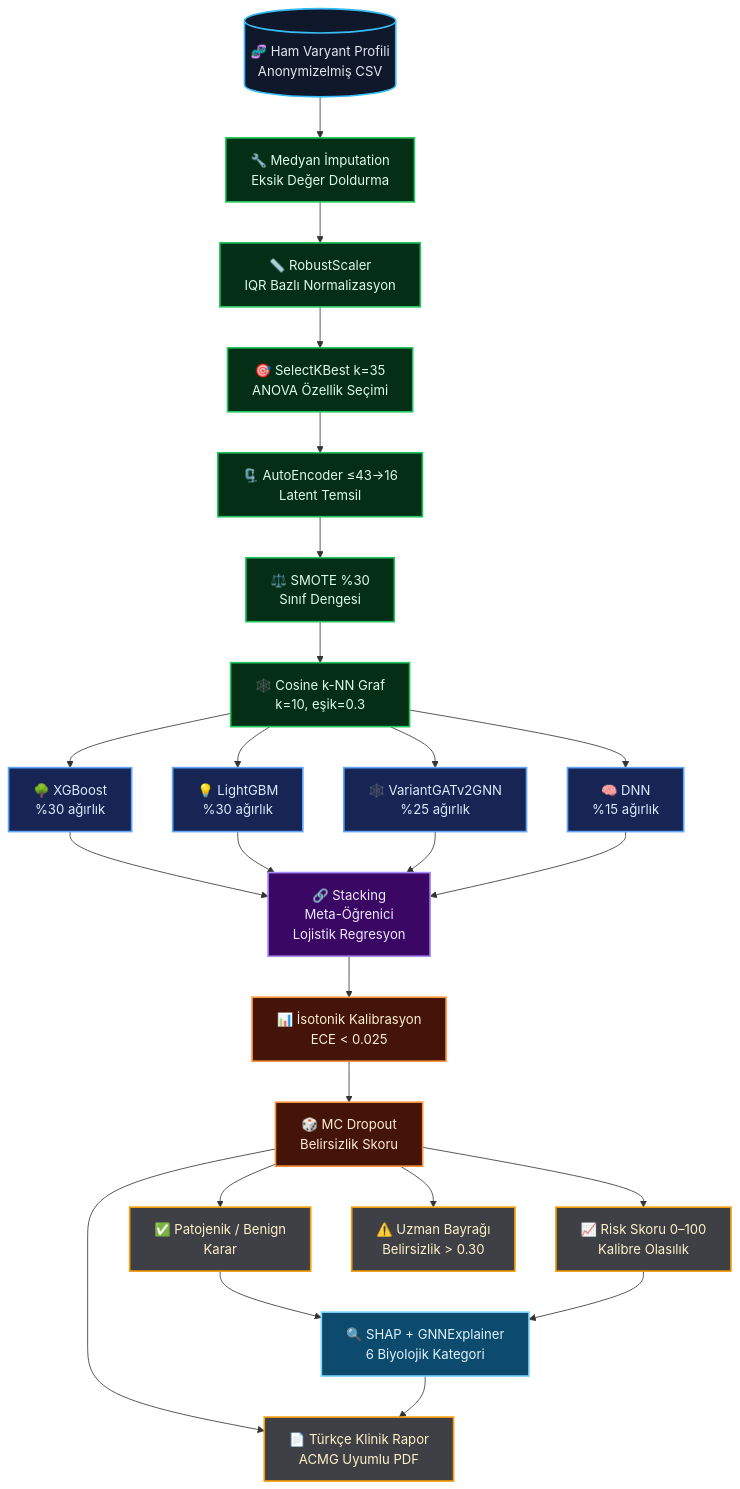
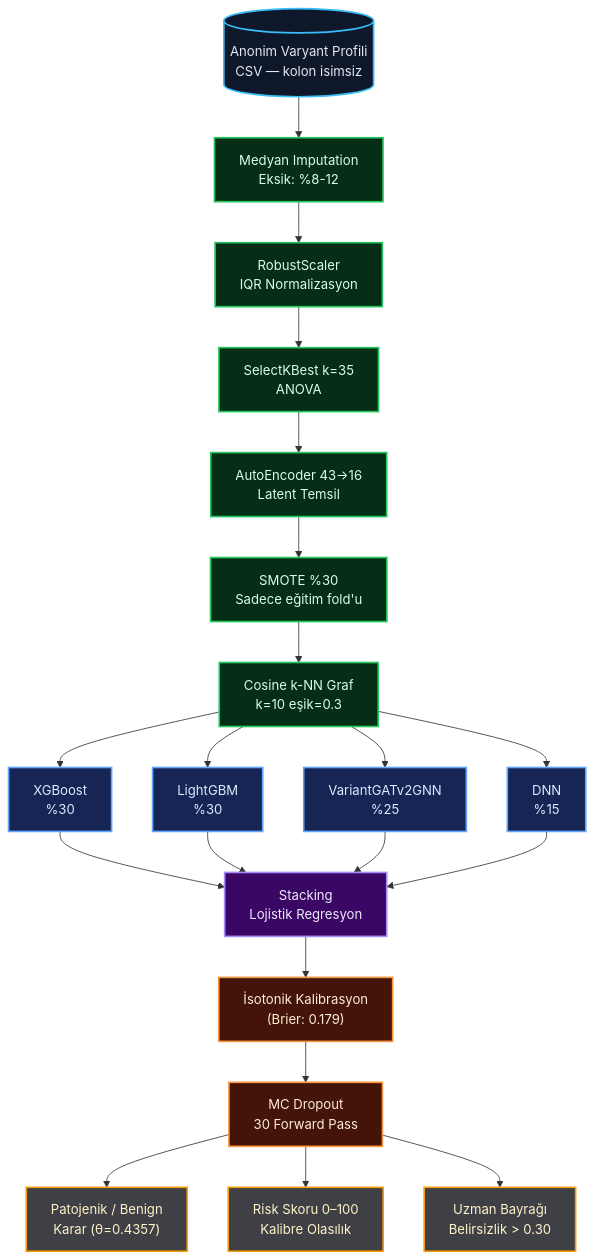
The first of 6 diagrams in README.md (msgxr/VARIANT-GNN), drawn with Mermaid before and after one commit. The commit also changed other lines of this file, not shown here.

````diff
--- a/README.md
+++ b/README.md
@@ -100,41 +108,35 @@
 ```mermaid
 graph TD
     classDef giriş fill:#0f172a,stroke:#38bdf8,stroke-width:2px,color:#e2e8f0
     classDef onisleme fill:#052e16,stroke:#22c55e,stroke-width:2px,color:#dcfce7
     classDef model fill:#172554,stroke:#60a5fa,stroke-width:2px,color:#dbeafe
     classDef birlesim fill:#3b0764,stroke:#a78bfa,stroke-width:2px,color:#ede9fe
     classDef guven fill:#431407,stroke:#fb923c,stroke-width:2px,color:#ffedd5
     classDef cikti fill:#3f3f46,stroke:#f59e0b,stroke-width:2px,color:#fef3c7
-    classDef acik fill:#0c4a6e,stroke:#7dd3fc,stroke-width:2px,color:#e0f2fe
 
-    A[("🧬 Ham Varyant Profili\nAnonymizelmiş CSV")]:::giriş
+    A[("Anonim Varyant Profili\nCSV — kolon isimsiz")]:::giriş
 
-    A --> B1["🔧 Medyan İmputation\nEksik Değer Doldurma"]:::onisleme
-    B1 --> B2["📏 RobustScaler\nIQR Bazlı Normalizasyon"]:::onisleme
-    B2 --> B3["🎯 SelectKBest k=35\nANOVA Özellik Seçimi"]:::onisleme
-    B3 --> B4["🗜️ AutoEncoder ≤43→16\nLatent Temsil"]:::onisleme
-    B4 --> B5["⚖️ SMOTE %30\nSınıf Dengesi"]:::onisleme
-    B5 --> B6["🕸️ Cosine k-NN Graf\nk=10, eşik=0.3"]:::onisleme
+    A --> B1["Medyan Imputation\nEksik: %8-12"]:::onisleme
+    B1 --> B2["RobustScaler\nIQR Normalizasyon"]:::onisleme
+    B2 --> B3["SelectKBest k=35\nANOVA"]:::onisleme
+    B3 --> B4["AutoEncoder 43→16\nLatent Temsil"]:::onisleme
+    B4 --> B5["SMOTE %30\nSadece eğitim fold'u"]:::onisleme
+    B5 --> B6["Cosine k-NN Graf\nk=10 eşik=0.3"]:::onisleme
 
-    B6 --> M1["🌳 XGBoost\n%30 ağırlık"]:::model
-    B6 --> M2["💡 LightGBM\n%30 ağırlık"]:::model
-    B6 --> M3["🕸️ VariantGATv2GNN\n%25 ağırlık"]:::model
-    B6 --> M4["🧠 DNN\n%15 ağırlık"]:::model
+    B6 --> M1["XGBoost\n%30"]:::model
+    B6 --> M2["LightGBM\n%30"]:::model
+    B6 --> M3["VariantGATv2GNN\n%25"]:::model
+    B6 --> M4["DNN\n%15"]:::model
 
-    M1 --> S["🔗 Stacking\nMeta-Öğrenici\nLojistik Regresyon"]:::birlesim
+    M1 --> S["Stacking\nLojistik Regresyon"]:::birlesim
     M2 --> S
     M3 --> S
     M4 --> S
 
-    S --> K["📊 İsotonik Kalibrasyon\nECE < 0.025"]:::guven
-    K --> U["🎲 MC Dropout\nBelirsizlik Skoru"]:::guven
+    S --> K["İsotonik Kalibrasyon\n(Brier: 0.179)"]:::guven
+    K --> U["MC Dropout\n30 Forward Pass"]:::guven
 
-    U --> OUT1["✅ Patojenik / Benign\nKarar"]:::cikti
-    U --> OUT2["📈 Risk Skoru 0–100\nKalibre Olasılık"]:::cikti
-    U --> OUT3["⚠️ Uzman Bayrağı\nBelirsizlik > 0.30"]:::cikti
-    U --> OUT4["📄 Türkçe Klinik Rapor\nACMG Uyumlu PDF"]:::cikti
-
-    OUT1 --> XAI["🔍 SHAP + GNNExplainer\n6 Biyolojik Kategori"]:::acik
-    OUT2 --> XAI
-    XAI --> OUT4
+    U --> OUT1["Patojenik / Benign\nKarar (θ=0.4357)"]:::cikti
+    U --> OUT2["Risk Skoru 0–100\nKalibre Olasılık"]:::cikti
+    U --> OUT3["Uzman Bayrağı\nBelirsizlik > 0.30"]:::cikti
 ```
````
